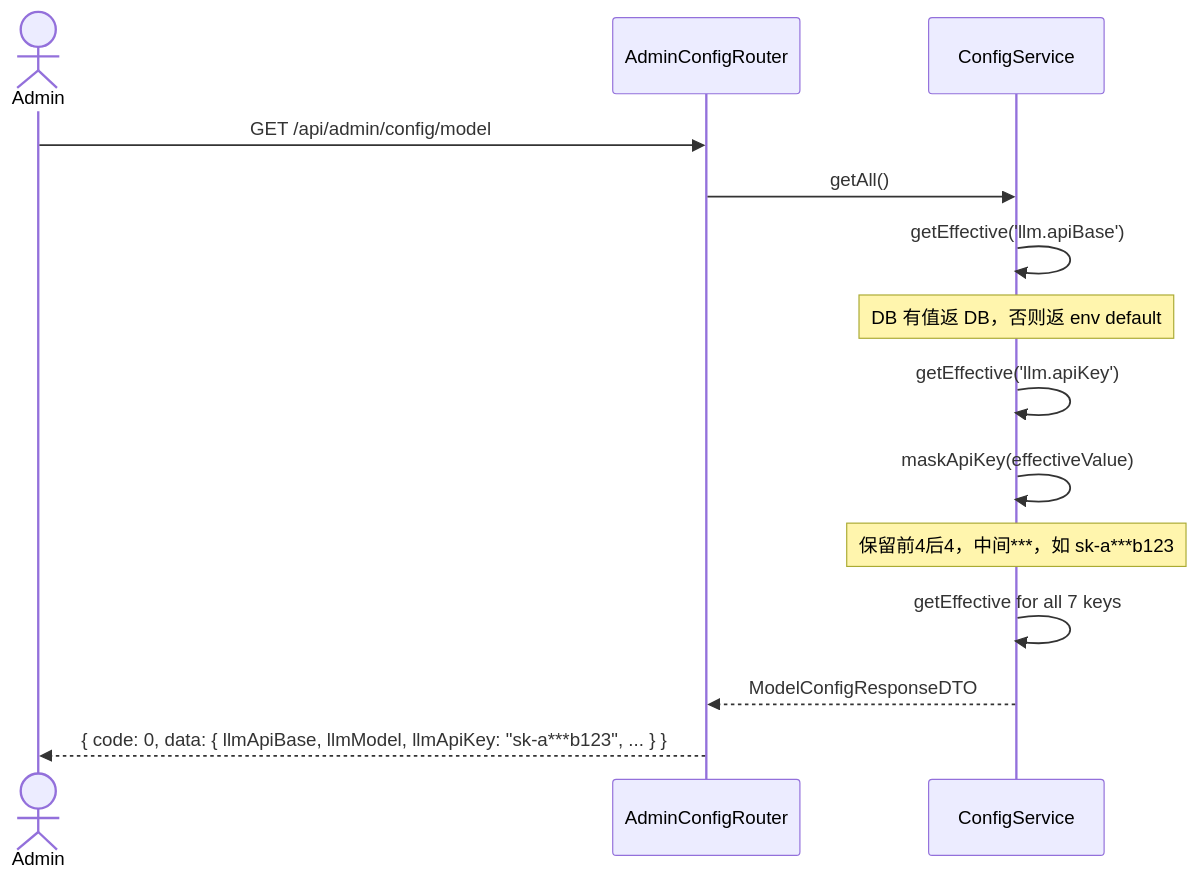
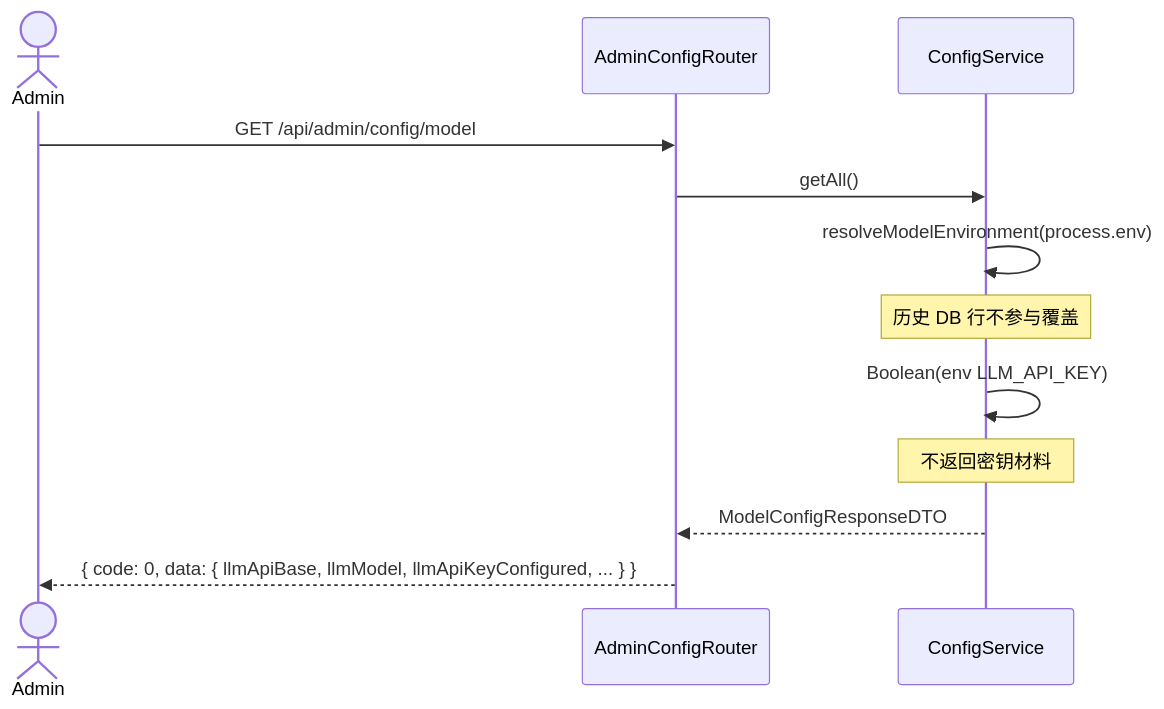
One commit to Rcloudso/smart-customer-service-ai changed the second of 5 diagrams in docs/system_design.md. Above: the diagram before and after it, drawn with Mermaid. The commit also changed other lines of this file and 92 other files, not shown here.

````diff
--- a/docs/system_design.md
+++ b/docs/system_design.md
@@ -194,14 +205,12 @@
 ```mermaid
 sequenceDiagram
     actor Admin
     Admin->>AdminConfigRouter: GET /api/admin/config/model
     AdminConfigRouter->>ConfigService: getAll()
-    ConfigService->>ConfigService: getEffective('llm.apiBase')
-    Note over ConfigService: DB 有值返 DB，否则返 env default
-    ConfigService->>ConfigService: getEffective('llm.apiKey')
-    ConfigService->>ConfigService: maskApiKey(effectiveValue)
-    Note over ConfigService: 保留前4后4，中间***，如 sk-a***b123
-    ConfigService->>ConfigService: getEffective for all 7 keys
+    ConfigService->>ConfigService: resolveModelEnvironment(process.env)
+    Note over ConfigService: 历史 DB 行不参与覆盖
+    ConfigService->>ConfigService: Boolean(env LLM_API_KEY)
+    Note over ConfigService: 不返回密钥材料
     ConfigService-->>AdminConfigRouter: ModelConfigResponseDTO
-    AdminConfigRouter-->>Admin: { code: 0, data: { llmApiBase, llmModel, llmApiKey: "sk-a***b123", ... } }
+    AdminConfigRouter-->>Admin: { code: 0, data: { llmApiBase, llmModel, llmApiKeyConfigured, ... } }
 ```
````
